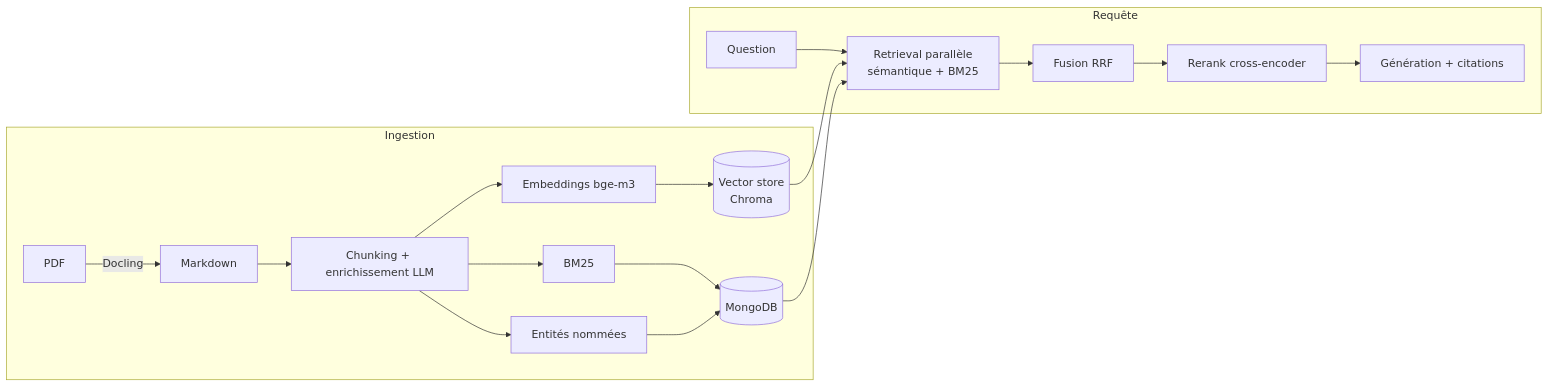
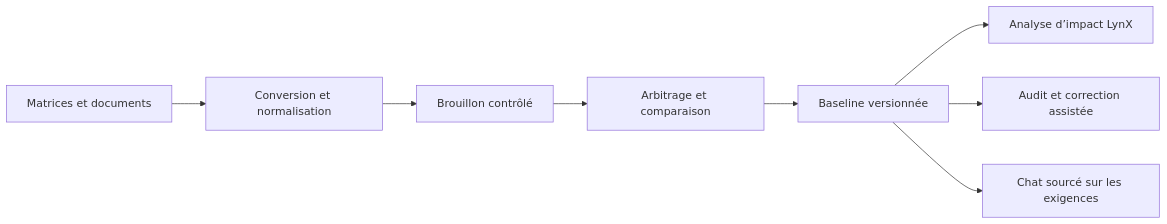
Before and after one commit to laurykb/ai_for_requirements: the diagram in README.md, drawn with Mermaid. The commit also changed other lines of this file and 5 other files, not shown here.

````diff
--- a/README.md
+++ b/README.md
@@ -113,18 +42,10 @@
 ```mermaid
 flowchart LR
-  subgraph Ingestion
-    A[PDF] -->|Docling| B[Markdown] --> C[Chunking + enrichissement LLM]
-    C --> D[Embeddings bge-m3]
-    C --> E[BM25]
-    C --> F[Entités nommées]
-    D --> G[(Vector store<br/>Chroma)]
-    E --> H[(MongoDB)]
-    F --> H
-  end
-  subgraph Requête
-    Q[Question] --> S[Retrieval parallèle<br/>sémantique + BM25]
-    G --> S
-    H --> S
-    S --> T[Fusion RRF] --> U[Rerank cross-encoder] --> V[Génération + citations]
-  end
+  A[Matrices et documents] --> B[Conversion et normalisation]
+  B --> C[Brouillon contrôlé]
+  C --> D[Arbitrage et comparaison]
+  D --> E[Baseline versionnée]
+  E --> F[Analyse d’impact LynX]
+  E --> G[Audit et correction assistée]
+  E --> H[Chat sourcé sur les exigences]
 ```
````
